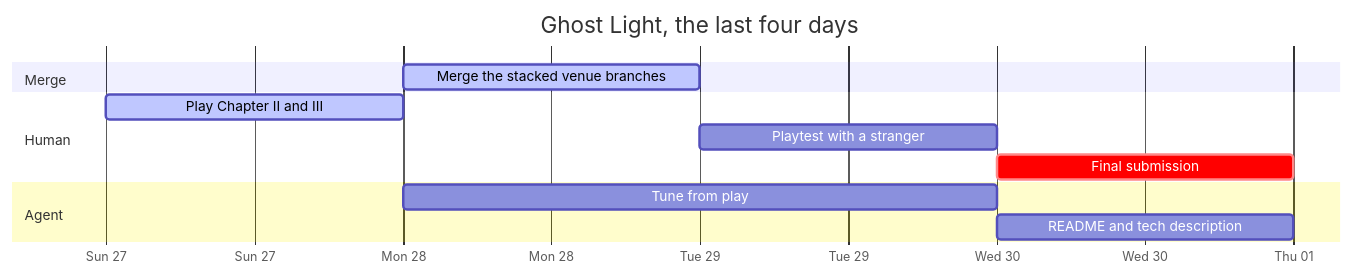
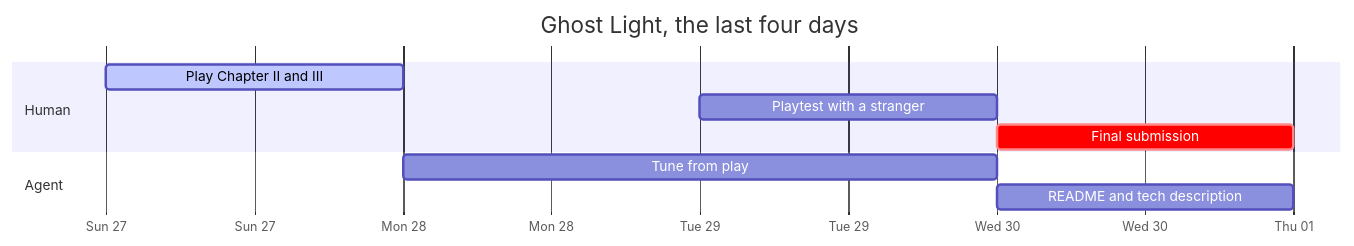
One commit to LoMagnette/ghost-light changed the second of 2 diagrams in STATUS.md. Above: the diagram before and after it, drawn with Mermaid. The commit also changed other lines of this file and 1 other file, not shown here.

Commit message:
docs(status): the stacked venue branches are merged (#30, #31)

````diff
--- a/STATUS.md
+++ b/STATUS.md
@@ -158,15 +158,13 @@
 ```mermaid
 gantt
     title Ghost Light, the last four days
     dateFormat YYYY-MM-DD
     axisFormat %a %d
-    section Merge
-    Merge the stacked venue branches  :active, m1, 2026-09-28, 1d
     section Human
     Play Chapter II and III           :active, h1, 2026-09-27, 1d
     Playtest with a stranger          :t1, 2026-09-29, 1d
     Final submission                  :crit, s2, 2026-09-30, 1d
     section Agent
     Tune from play                    :g1, after h1, 2d
     README and tech description       :g3, 2026-09-30, 1d
 ```
````
